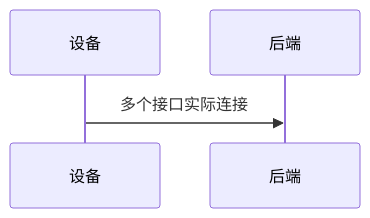
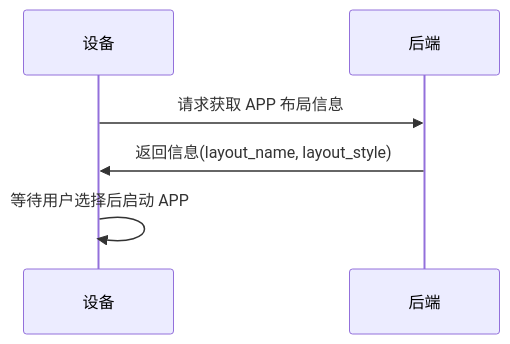
One commit to shaojun/open_docs changed the third of 6 diagrams in projects/commercial/universal_app_api.md. Above: the diagram before and after it, drawn with Mermaid. The commit also changed other lines of this file and 3 other files, not shown here.

````diff
--- a/projects/commercial/universal_app_api.md
+++ b/projects/commercial/universal_app_api.md
@@ -78,6 +87,8 @@
 ```mermaid
 sequenceDiagram
     participant Device as 设备
     participant Backend as 后端
-    Device->>Backend: 多个接口实际连接
+    Device->>Backend: 请求获取 APP 布局信息
+    Backend->>Device: 返回信息(layout_name, layout_style)
+    Device->>Device: 等待用户选择后启动 APP
 ```
````
